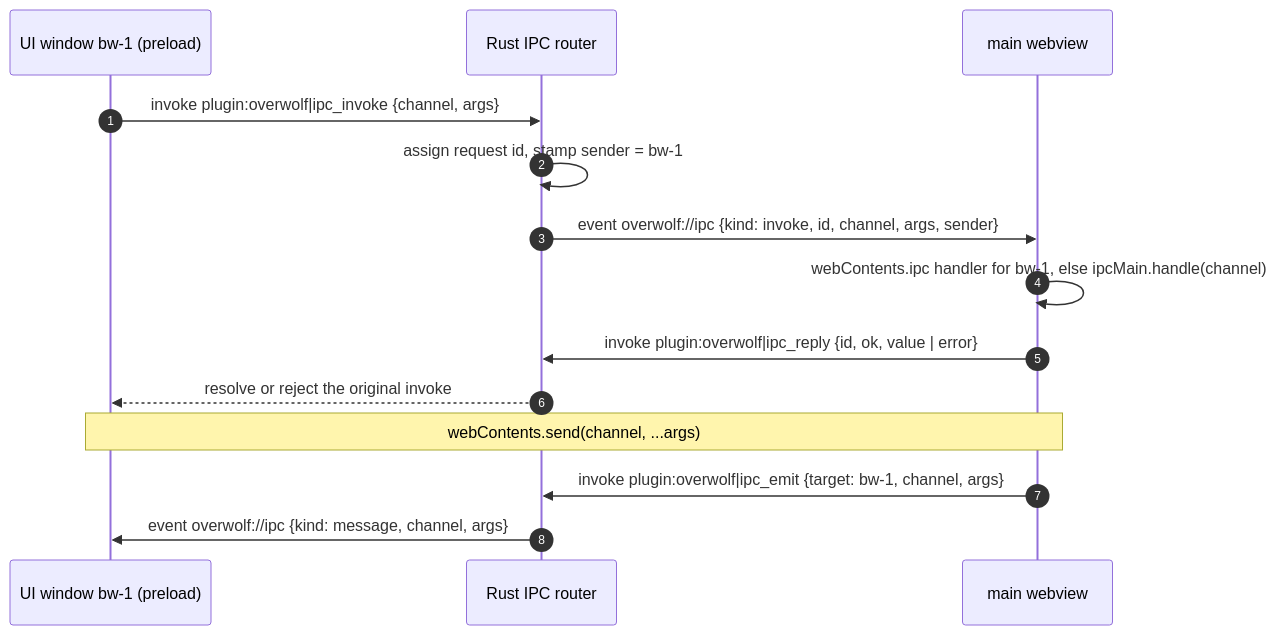
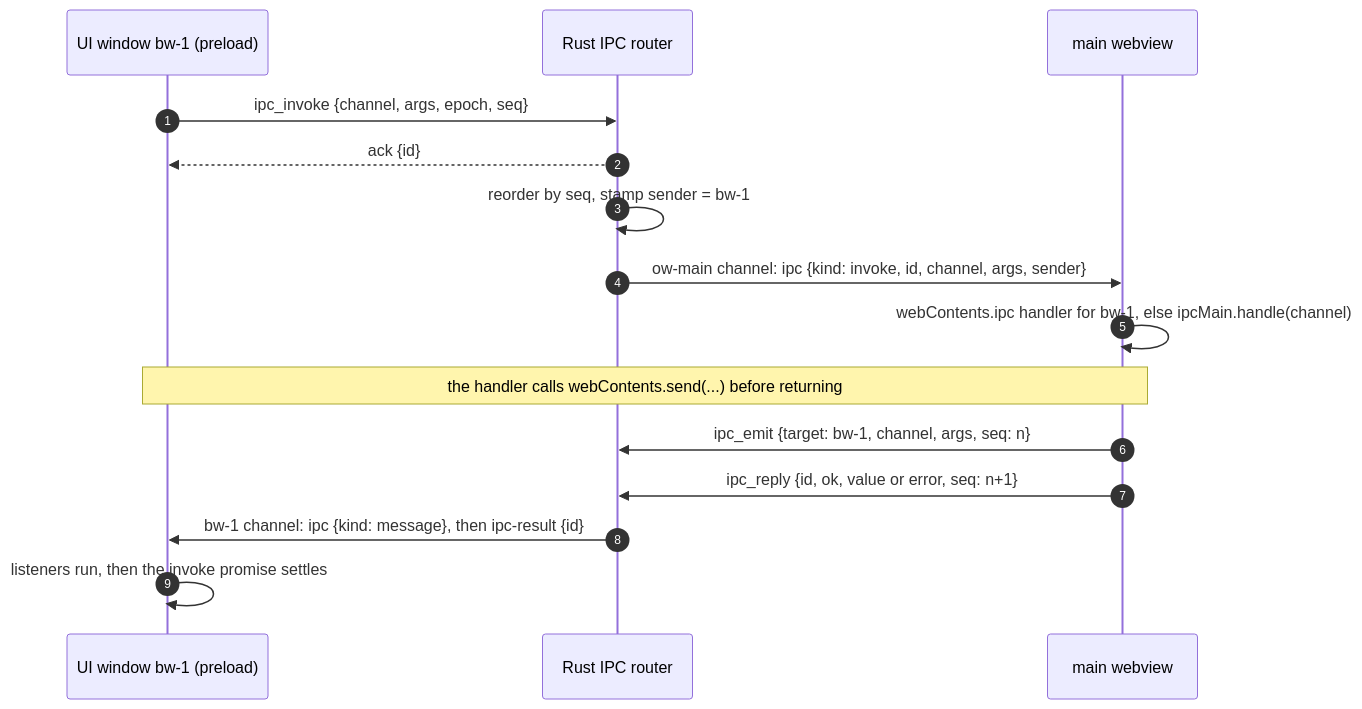
The fourth of 9 diagrams in docs/ARCHITECTURE.md (AlloryDante/ow-tauri), drawn with Mermaid before and after one commit. The commit also changed other lines of this file and 17 other files, not shown here.

````diff
--- a/docs/ARCHITECTURE.md
+++ b/docs/ARCHITECTURE.md
@@ -196,16 +221,17 @@
 ```mermaid
 sequenceDiagram
   autonumber
   participant U as UI window bw-1 (preload)
   participant P as Rust IPC router
   participant M as main webview
-  U->>P: invoke plugin:overwolf|ipc_invoke {channel, args}
-  P->>P: assign request id, stamp sender = bw-1
-  P->>M: event overwolf://ipc {kind: invoke, id, channel, args, sender}
+  U->>P: ipc_invoke {channel, args, epoch, seq}
+  P-->>U: ack {id}
+  P->>P: reorder by seq, stamp sender = bw-1
+  P->>M: ow-main channel: ipc {kind: invoke, id, channel, args, sender}
   M->>M: webContents.ipc handler for bw-1, else ipcMain.handle(channel)
-  M->>P: invoke plugin:overwolf|ipc_reply {id, ok, value | error}
-  P-->>U: resolve or reject the original invoke
-  Note over M,U: webContents.send(channel, ...args)
-  M->>P: invoke plugin:overwolf|ipc_emit {target: bw-1, channel, args}
-  P->>U: event overwolf://ipc {kind: message, channel, args}
+  Note over M,U: the handler calls webContents.send(...) before returning
+  M->>P: ipc_emit {target: bw-1, channel, args, seq: n}
+  M->>P: ipc_reply {id, ok, value or error, seq: n+1}
+  P->>U: bw-1 channel: ipc {kind: message}, then ipc-result {id}
+  U->>U: listeners run, then the invoke promise settles
 ```
````
